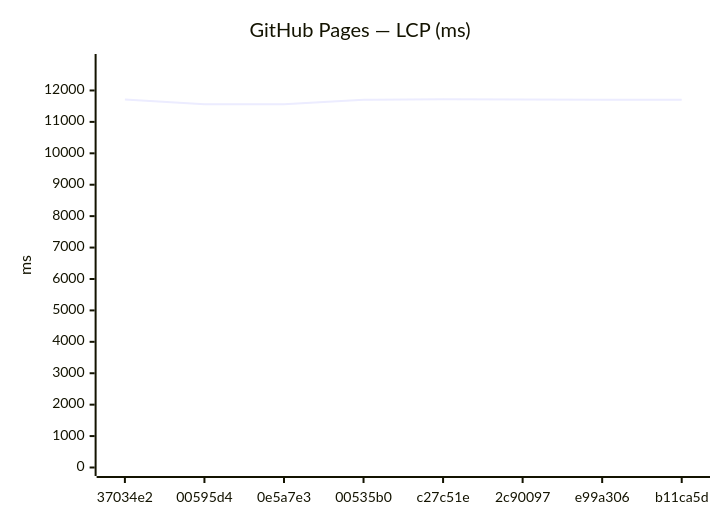
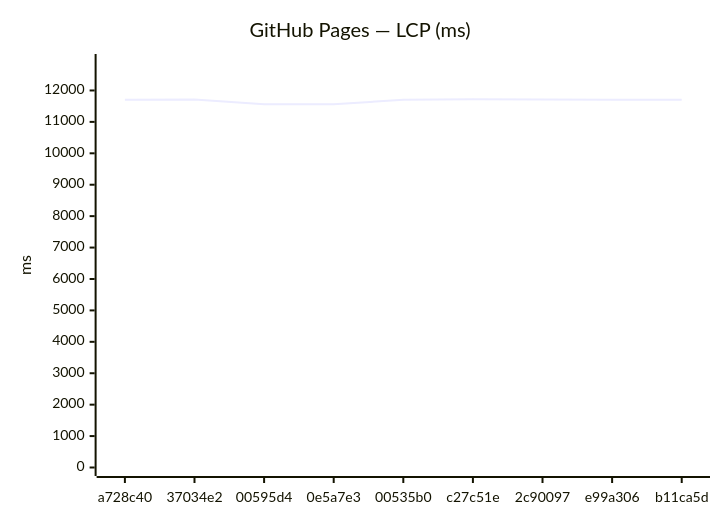
The third of 24 diagrams in benchmarks/compare.md (Metaheurist/Rianell), drawn with Mermaid before and after one commit. The commit also changed other lines of this file and 12 other files, not shown here.

````diff
--- a/benchmarks/compare.md
+++ b/benchmarks/compare.md
@@ -50,7 +52,7 @@
 ```mermaid
 xychart-beta
     title "GitHub Pages — LCP (ms)"
-    x-axis ["37034e2", "00595d4", "0e5a7e3", "00535b0", "c27c51e", "2c90097", "e99a306", "b11ca5d"]
+    x-axis ["a728c40", "37034e2", "00595d4", "0e5a7e3", "00535b0", "c27c51e", "2c90097", "e99a306", "b11ca5d"]
     y-axis "ms" 0 --> 12890
-    line [11710, 11560, 11561, 11705, 11718, 11715, 11701, 11707]
+    line [11707, 11710, 11560, 11561, 11705, 11718, 11715, 11701, 11707]
 ```
````
